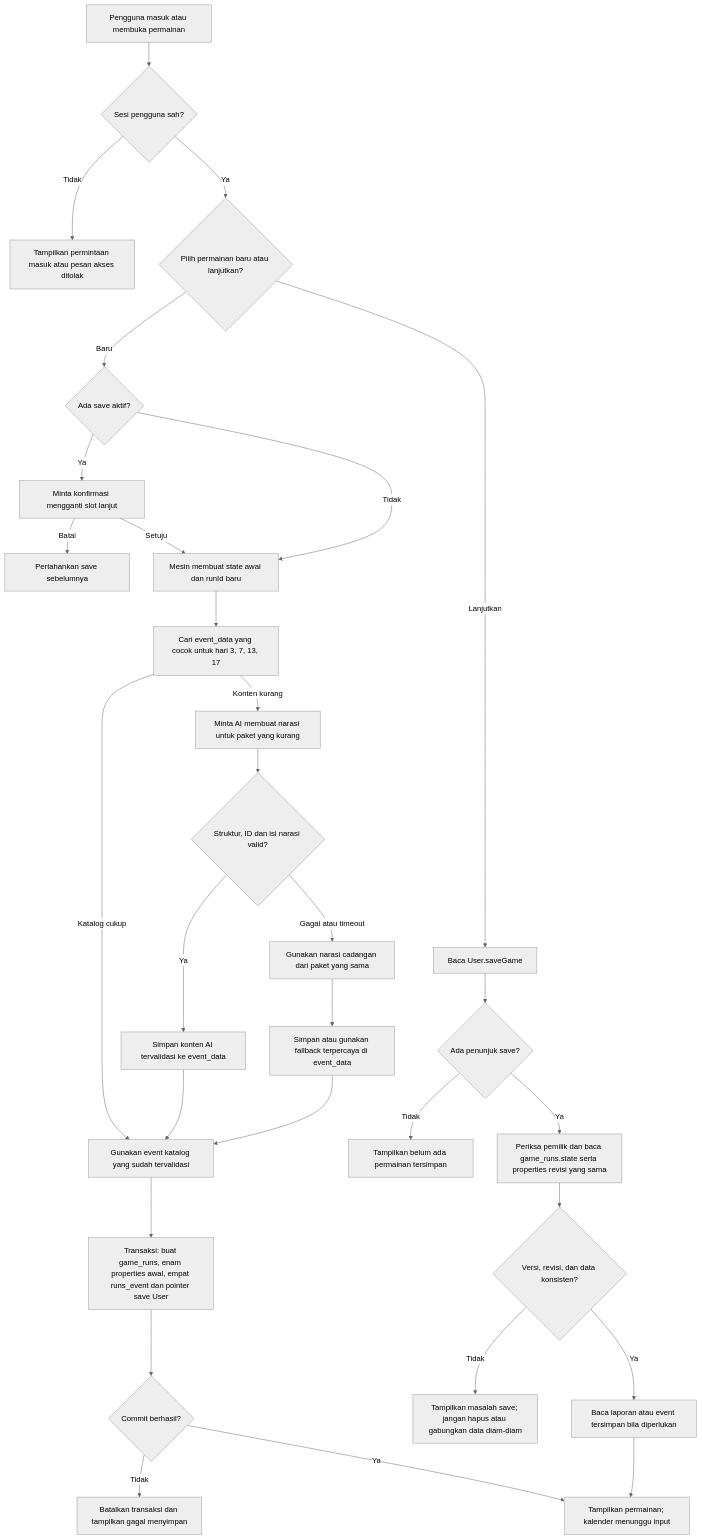
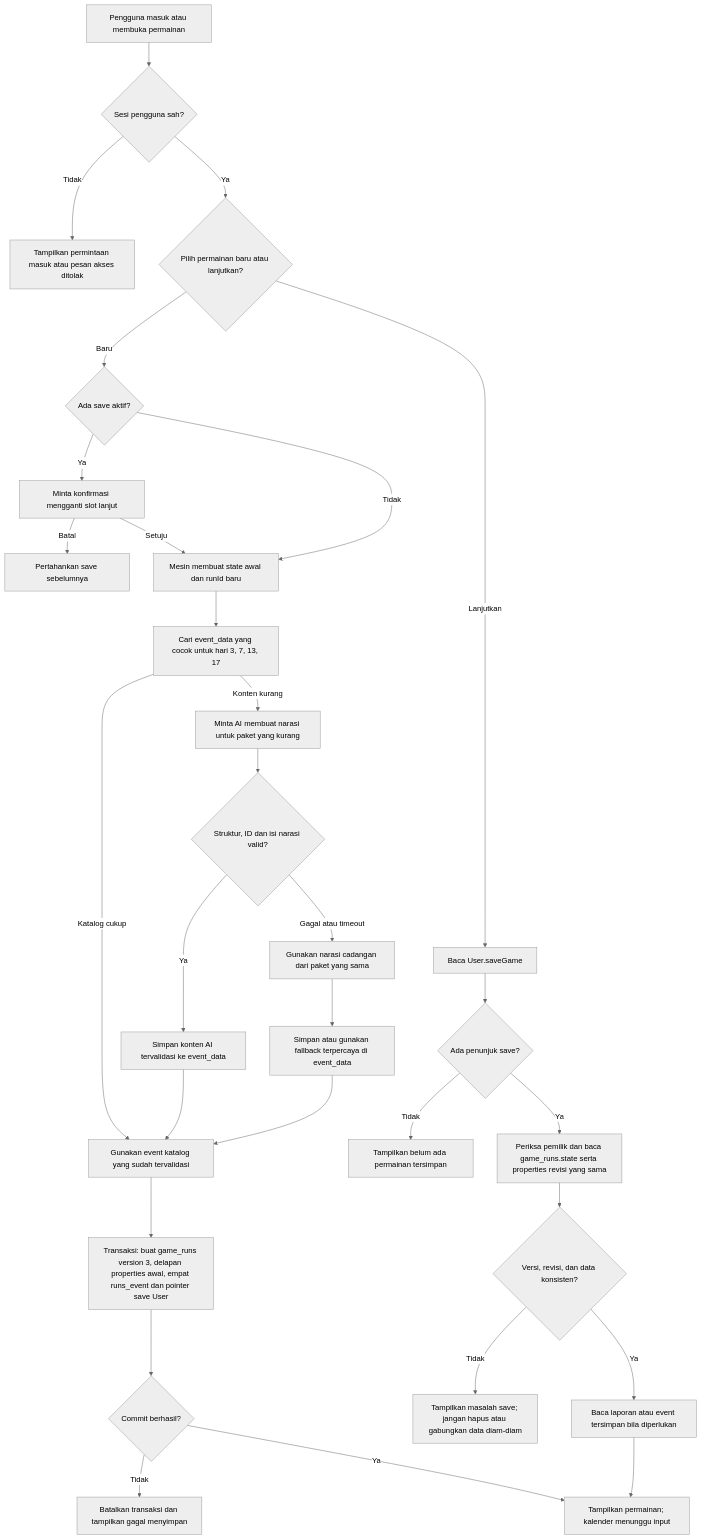
One commit to Three-Musketeers-Hacktiv/Final-Project changed the first of 6 diagrams in docs/database/FLOW_DATABASE.md. Above: the diagram before and after it, drawn with Mermaid (neutral theme). The commit also changed other lines of this file and 7 other files, not shown here.

First line of the commit message:
feat(docs): update database documentation and schema for Fantasy City Defense

````diff
--- a/docs/database/FLOW_DATABASE.md
+++ b/docs/database/FLOW_DATABASE.md
@@ -9,32 +9,32 @@
 ```mermaid
 flowchart TD
     A[Pengguna masuk atau membuka permainan] --> B{Sesi pengguna sah?}
     B -->|Tidak| C[Tampilkan permintaan masuk atau pesan akses ditolak]
     B -->|Ya| D{Pilih permainan baru atau lanjutkan?}
     D -->|Baru| E{Ada save aktif?}
     E -->|Ya| F[Minta konfirmasi mengganti slot lanjut]
     F -->|Batal| G[Pertahankan save sebelumnya]
     F -->|Setuju| H[Mesin membuat state awal dan runId baru]
     E -->|Tidak| H
     H --> POOL[Cari event_data yang cocok untuk hari 3, 7, 13, 17]
     POOL -->|Katalog cukup| READY[Gunakan event katalog yang sudah tervalidasi]
     POOL -->|Konten kurang| AI[Minta AI membuat narasi untuk paket yang kurang]
     AI --> VALID{Struktur, ID dan isi narasi valid?}
     VALID -->|Ya| CATALOG[Simpan konten AI tervalidasi ke event_data]
     CATALOG --> READY
     VALID -->|Gagal atau timeout| FALLBACK[Gunakan narasi cadangan dari paket yang sama]
-    READY --> I[Transaksi: buat game_runs, enam properties awal, empat runs_event dan pointer save User]
+    READY --> I[Transaksi: buat game_runs version 3, delapan properties awal, empat runs_event dan pointer save User]
     FALLBACK --> CATALOG_F[Simpan atau gunakan fallback terpercaya di event_data]
     CATALOG_F --> READY
     I --> J{Commit berhasil?}
     J -->|Tidak| K[Batalkan transaksi dan tampilkan gagal menyimpan]
     J -->|Ya| L[Tampilkan permainan; kalender menunggu input]
     D -->|Lanjutkan| M[Baca User.saveGame]
     M --> N{Ada penunjuk save?}
     N -->|Tidak| O[Tampilkan belum ada permainan tersimpan]
     N -->|Ya| P[Periksa pemilik dan baca game_runs.state serta properties revisi yang sama]
     P --> Q{Versi, revisi, dan data konsisten?}
     Q -->|Tidak| R[Tampilkan masalah save; jangan hapus atau gabungkan data diam-diam]
     Q -->|Ya| S[Baca laporan atau event tersimpan bila diperlukan]
     S --> L
 ```
````
